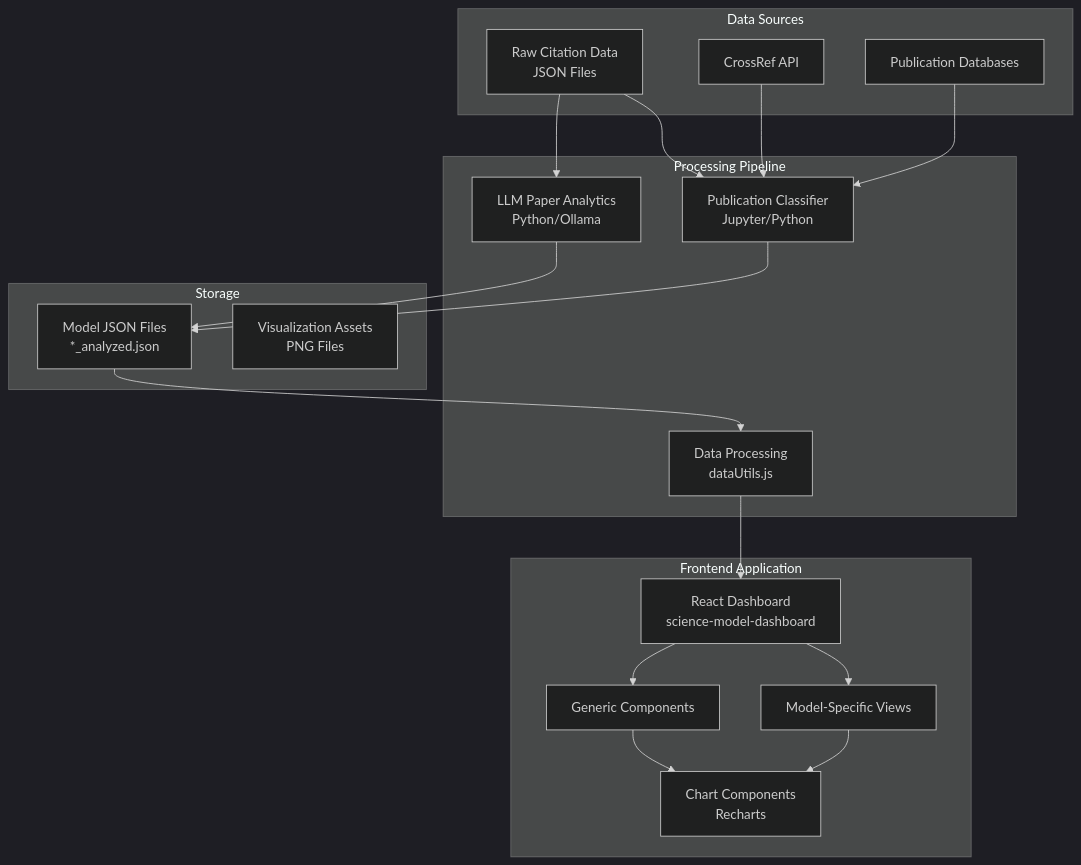
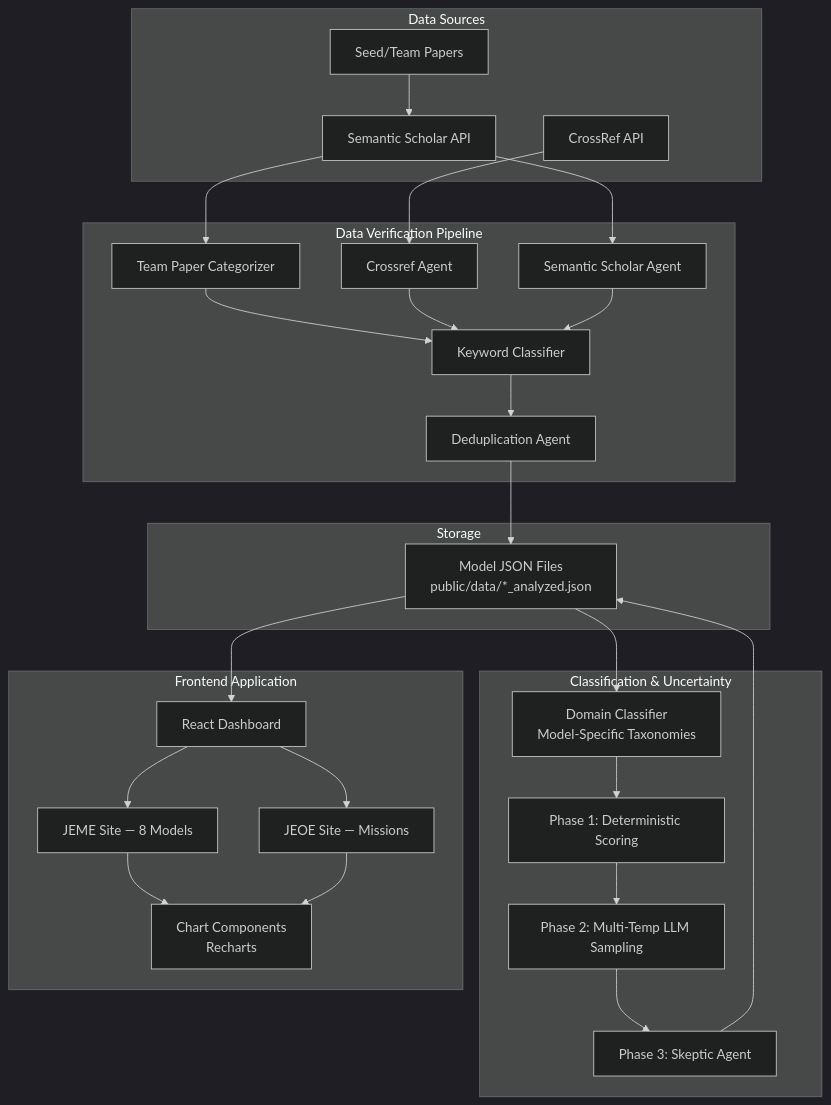
One commit to nasa-jpl/JEME changed the first of 4 diagrams in public/HOW_IT_WORKS.md. Above: the diagram before and after it, drawn with Mermaid (dark theme). The commit also changed other lines of this file and 3 other files, not shown here.

First line of the commit message:
Refactor JEME Dashboard Documentation and Update Citation Trend Charts

````diff
--- a/public/HOW_IT_WORKS.md
+++ b/public/HOW_IT_WORKS.md
@@ -9,39 +14,54 @@
 ```mermaid
 graph TB
     subgraph "Data Sources"
-        A[Raw Citation Data<br/>JSON Files] 
+        A[Semantic Scholar API]
         B[CrossRef API]
-        C[Publication Databases]
+        C[Seed/Team Papers]
     end
-    
-    subgraph "Processing Pipeline"
-        D[Publication Classifier<br/>Jupyter/Python]
-        E[LLM Paper Analytics<br/>Python/Ollama]
-        F[Data Processing<br/>dataUtils.js]
+
+    subgraph "Data Verification Pipeline"
+        D[Team Paper Categorizer]
+        E[Crossref Agent]
+        F[Semantic Scholar Agent]
+        G[Keyword Classifier]
+        H[Deduplication Agent]
     end
-    
+
+    subgraph "Classification & Uncertainty"
+        I[Domain Classifier<br/>Model-Specific Taxonomies]
+        J[Phase 1: Deterministic Scoring]
+        K[Phase 2: Multi-Temp LLM Sampling]
+        L[Phase 3: Skeptic Agent]
+    end
+
     subgraph "Storage"
-        G[Model JSON Files<br/>*_analyzed.json]
-        H[Visualization Assets<br/>PNG Files]
+        M[Model JSON Files<br/>public/data/*_analyzed.json]
     end
-    
+
     subgraph "Frontend Application"
-        I[React Dashboard<br/>science-model-dashboard]
-        J[Model-Specific Views]
-        K[Generic Components]
-        L[Chart Components<br/>Recharts]
+        N[React Dashboard]
+        O[JEME Site — 8 Models]
+        P[JEOE Site — Missions]
+        Q[Chart Components<br/>Recharts]
     end
-    
+
+    C --> A
     A --> D
-    B --> D
-    C --> D
+    B --> E
+    A --> F
     D --> G
-    A --> E
     E --> G
-    G --> F
-    F --> I
+    F --> G
+    G --> H
+    H --> M
+    M --> I
     I --> J
-    I --> K
-    J --> L
+    J --> K
     K --> L
+    L --> M
+    M --> N
+    N --> O
+    N --> P
+    O --> Q
+    P --> Q
 ```
````
